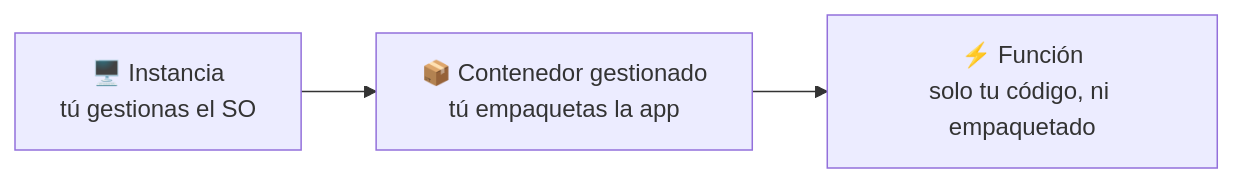
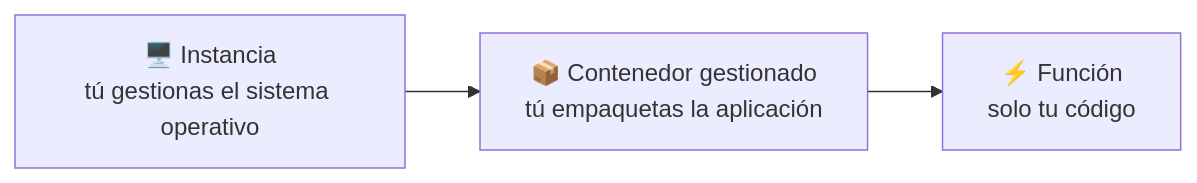
Before and after one commit to aitorventura/introduccion-nube: the fourth of 4 diagrams in docs/tema6/serverless.md, drawn with Mermaid. The commit also changed other lines of this file and 4 other files, not shown here.

````diff
--- a/docs/tema6/serverless.md
+++ b/docs/tema6/serverless.md
@@ -76,5 +206,5 @@
 ```mermaid
 flowchart LR
-    A["🖥️ Instancia<br/>tú gestionas el SO"] --> B["📦 Contenedor gestionado<br/>tú empaquetas la app"]
-    B --> C["⚡ Función<br/>solo tu código, ni empaquetado"]
+    A["🖥️ Instancia<br/>tú gestionas el sistema operativo"] --> B["📦 Contenedor gestionado<br/>tú empaquetas la aplicación"]
+    B --> C["⚡ Función<br/>solo tu código"]
 ```
````
